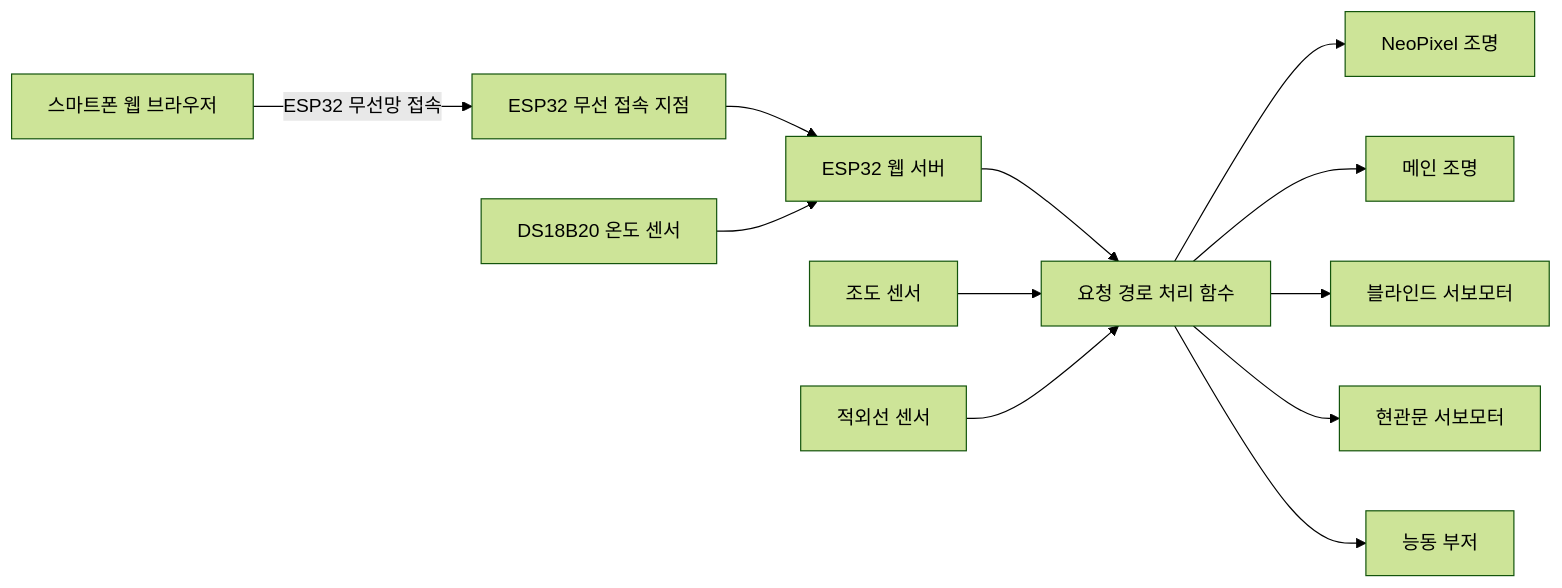
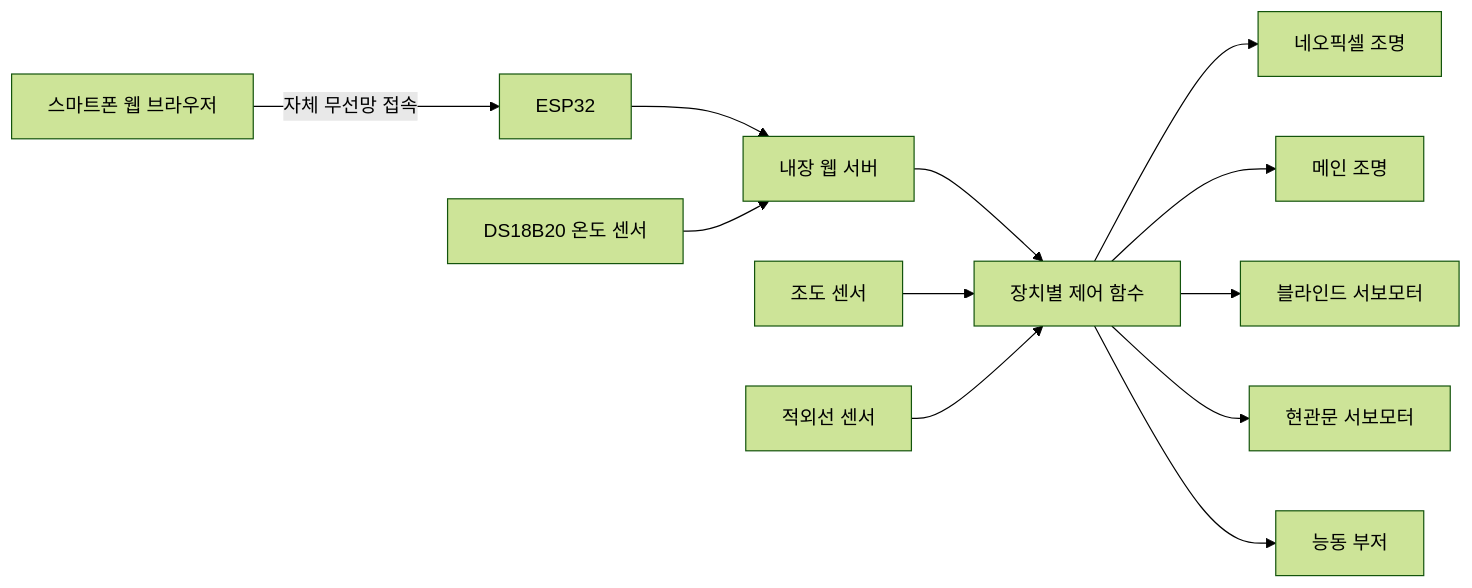
The first of 7 diagrams in README.md (BAIKJUWON/AnuHackerton), drawn with Mermaid (forest theme) before and after one commit. The commit also changed other lines of this file, not shown here.

````diff
--- a/README.md
+++ b/README.md
@@ -153,31 +98,32 @@
 ```mermaid
 flowchart LR
-    USER[스마트폰 웹 브라우저]
-    AP[ESP32 무선 접속 지점]
-    SERVER[ESP32 웹 서버]
-    ROUTE[요청 경로 처리 함수]
+    사용자[스마트폰 웹 브라우저]
 
-    TEMP[DS18B20 온도 센서]
-    LIGHT[조도 센서]
-    IR[적외선 센서]
+    ESP32[ESP32]
+    웹서버[내장 웹 서버]
+    제어함수[장치별 제어 함수]
 
-    RGB[NeoPixel 조명]
-    LED[메인 조명]
-    BLIND[블라인드 서보모터]
-    DOOR[현관문 서보모터]
-    BUZZER[능동 부저]
+    온도센서[DS18B20 온도 센서]
+    조도센서[조도 센서]
+    적외선센서[적외선 센서]
 
-    USER -->|ESP32 무선망 접속| AP
-    AP --> SERVER
-    SERVER --> ROUTE
+    네오픽셀[네오픽셀 조명]
+    메인조명[메인 조명]
+    블라인드[블라인드 서보모터]
+    현관문[현관문 서보모터]
+    부저[능동 부저]
 
-    TEMP --> SERVER
-    LIGHT --> ROUTE
-    IR --> ROUTE
+    사용자 -->|자체 무선망 접속| ESP32
+    ESP32 --> 웹서버
+    웹서버 --> 제어함수
 
-    ROUTE --> RGB
-    ROUTE --> LED
-    ROUTE --> BLIND
-    ROUTE --> DOOR
-    ROUTE --> BUZZER
+    온도센서 --> 웹서버
+    조도센서 --> 제어함수
+    적외선센서 --> 제어함수
+
+    제어함수 --> 네오픽셀
+    제어함수 --> 메인조명
+    제어함수 --> 블라인드
+    제어함수 --> 현관문
+    제어함수 --> 부저
 ```
````
